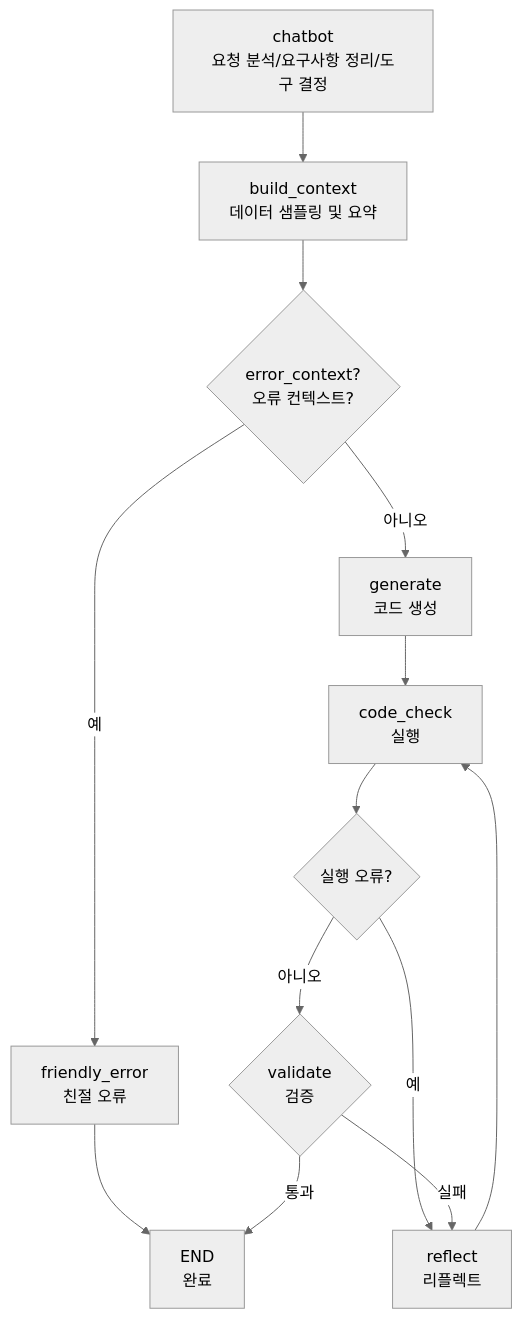
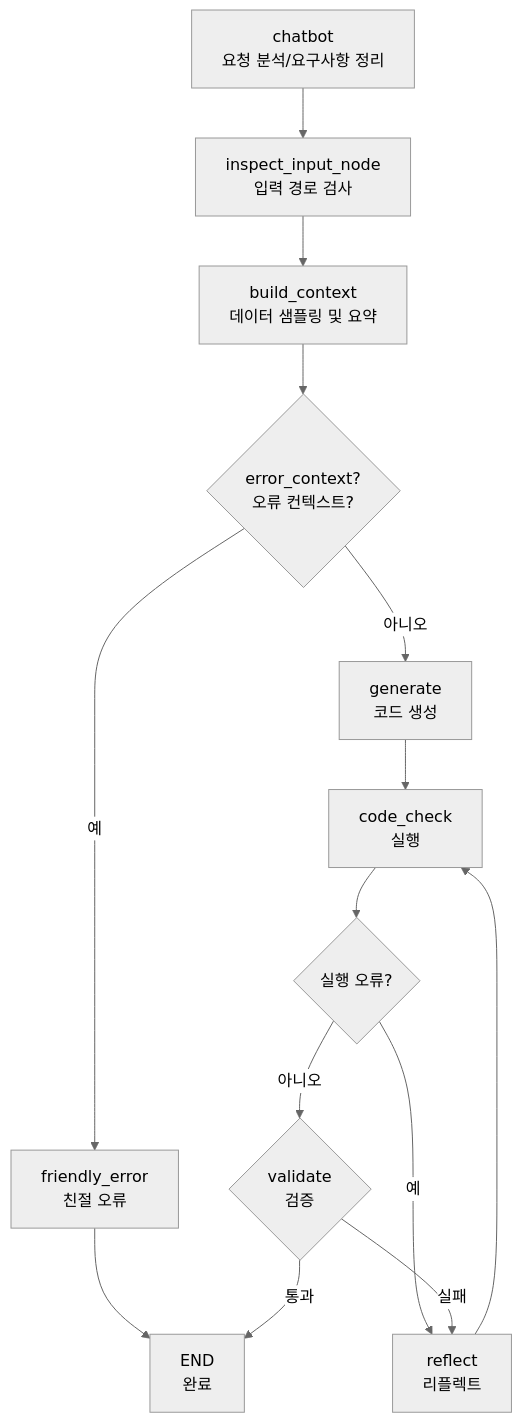
The second of 3 diagrams in README.md (sonsukwoo/Data_preprocessing_auto), drawn with Mermaid (neutral theme) before and after one commit. The commit also changed other lines of this file and 1 other file, not shown here.

````diff
--- a/README.md
+++ b/README.md
@@ -117,14 +118,15 @@
 ```mermaid
 flowchart TD
-  B[chatbot<br/>요청 분석/요구사항 정리/도구 결정] --> C[build_context<br/>데이터 샘플링 및 요약]
+  B[chatbot<br/>요청 분석/요구사항 정리] --> I[inspect_input_node<br/>입력 경로 검사]
+  I --> C[build_context<br/>데이터 샘플링 및 요약]
   C --> D{error_context?<br/>오류 컨텍스트?}
   D -->|예| X[friendly_error<br/>친절 오류] --> H[END<br/>완료]
   D -->|아니오| E[generate<br/>코드 생성]
   E --> F[code_check<br/>실행]
   F --> FE{실행 오류?}
   FE -->|예| R[reflect<br/>리플렉트]
   FE -->|아니오| G{validate<br/>검증}
   G -->|통과| H
   G -->|실패| R
   R --> F
 ```
````
